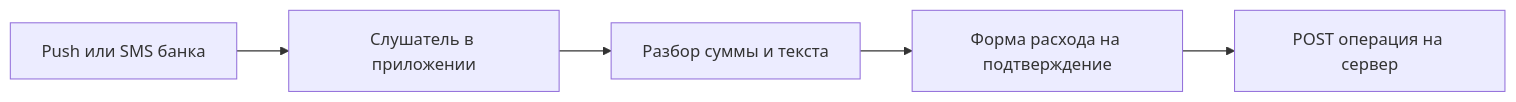
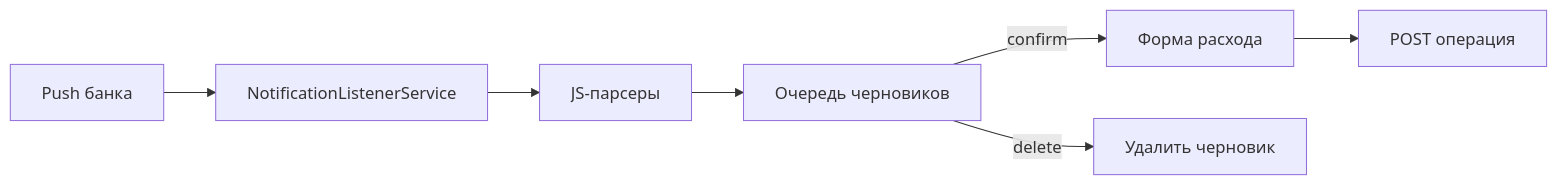
One commit to kai-zer-ru/buhgalter changed the diagram in roadmap/notification-intercept.md. Above: the diagram before and after it, drawn with Mermaid. The commit also changed other lines of this file and 59 other files, not shown here.

````diff
--- a/roadmap/notification-intercept.md
+++ b/roadmap/notification-intercept.md
@@ -21,7 +39,9 @@
 ```mermaid
 flowchart LR
-  Push[Push или SMS банка] --> Listener[Слушатель в приложении]
-  Listener --> Parse[Разбор суммы и текста]
-  Parse --> Form[Форма расхода на подтверждение]
-  Form --> API[POST операция на сервер]
+  Push[Push банка] --> Listener[NotificationListenerService]
+  Listener --> Parse[JS-парсеры]
+  Parse --> Drafts[Очередь черновиков]
+  Drafts -->|confirm| Form[Форма расхода]
+  Drafts -->|delete| Drop[Удалить черновик]
+  Form --> API[POST операция]
 ```
````
